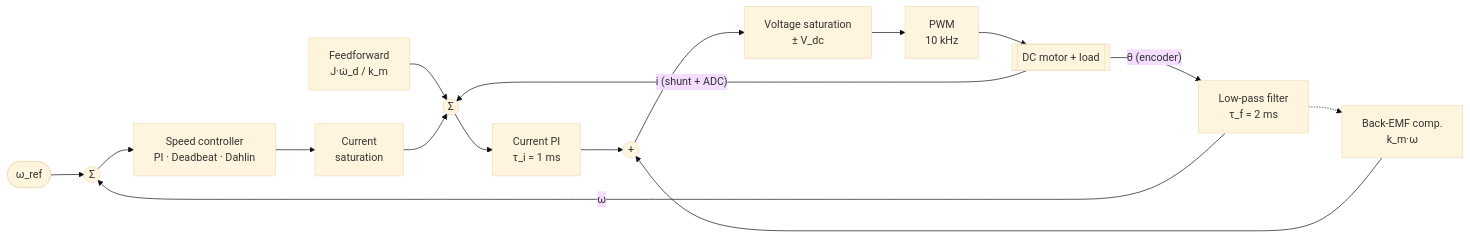
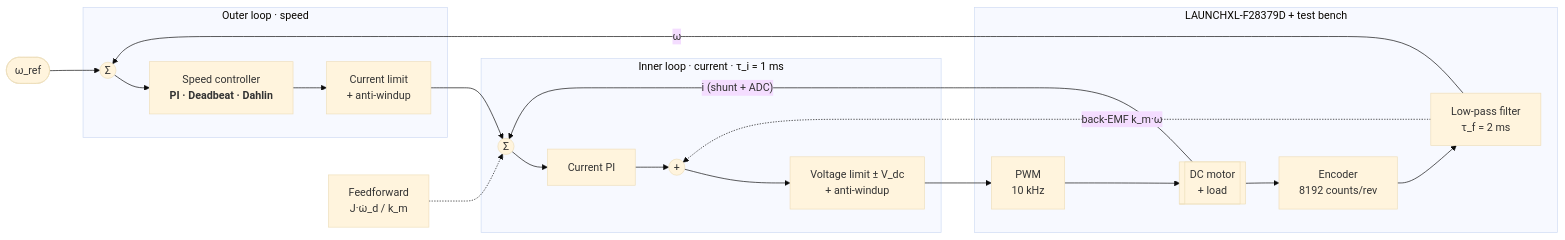
One commit to andreagallo-dev/LAS-DC-Motor-Control changed the diagram in README.md. Above: the diagram before and after it, drawn with Mermaid (base theme).

Commit message:
README: clearer control architecture diagram

````diff
--- a/README.md
+++ b/README.md
@@ -77,18 +77,28 @@
 ```mermaid
 flowchart LR
     REF(["ω_ref"]) --> E1(("Σ"))
-    E1 --> SPI["Speed controller<br/>PI · Deadbeat · Dahlin"]
-    SPI --> SAT1["Current<br/>saturation"]
-    FF["Feedforward<br/>J·ω̇_d / k_m"] --> E2
-    SAT1 --> E2(("Σ"))
-    E2 --> CPI["Current PI<br/>τ_i = 1 ms"]
-    CPI --> E3(("+"))
-    BEMF["Back-EMF comp.<br/>k_m·ω"] --> E3
-    E3 --> SAT2["Voltage saturation<br/>± V_dc"]
-    SAT2 --> PWM["PWM<br/>10 kHz"]
-    PWM --> MOT[["DC motor + load"]]
+
+    subgraph OUTER["Outer loop · speed"]
+        E1 --> SPI["Speed controller<br/><b>PI · Deadbeat · Dahlin</b>"]
+        SPI --> SAT1["Current limit<br/>+ anti-windup"]
+    end
+
+    subgraph INNER["Inner loop · current · τ_i = 1 ms"]
+        E2(("Σ")) --> CPI["Current PI"]
+        CPI --> E3(("+"))
+        E3 --> SAT2["Voltage limit ± V_dc<br/>+ anti-windup"]
+    end
+
+    subgraph HW["LAUNCHXL-F28379D + test bench"]
+        PWM["PWM<br/>10 kHz"] --> MOT[["DC motor<br/>+ load"]]
+        MOT --> ENC["Encoder<br/>8192 counts/rev"]
+        ENC --> LPF["Low-pass filter<br/>τ_f = 2 ms"]
+    end
+
+    FF["Feedforward<br/>J·ω̇_d / k_m"] -.-> E2
+    SAT1 --> E2
+    SAT2 --> PWM
     MOT -- "i (shunt + ADC)" --> E2
-    MOT -- "θ (encoder)" --> LPF["Low-pass filter<br/>τ_f = 2 ms"]
     LPF -- "ω" --> E1
-    LPF -.-> BEMF
+    LPF -. "back-EMF k_m·ω" .-> E3
 ```
````
